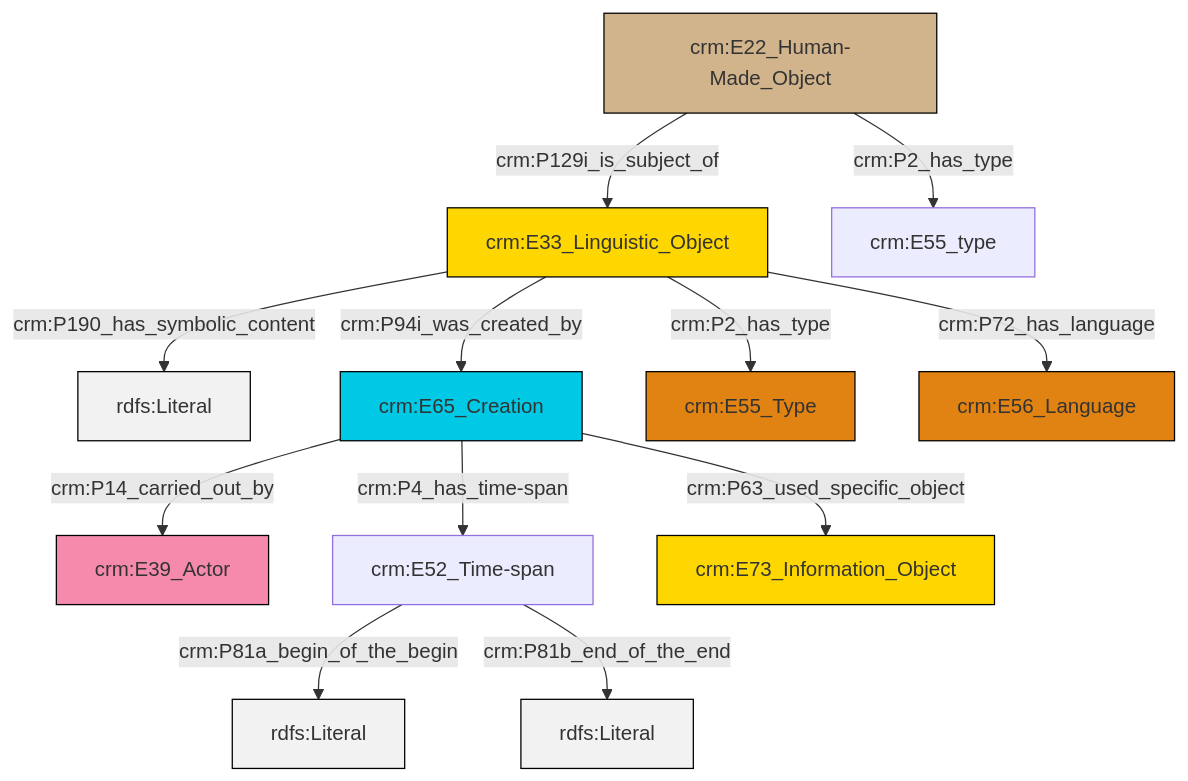
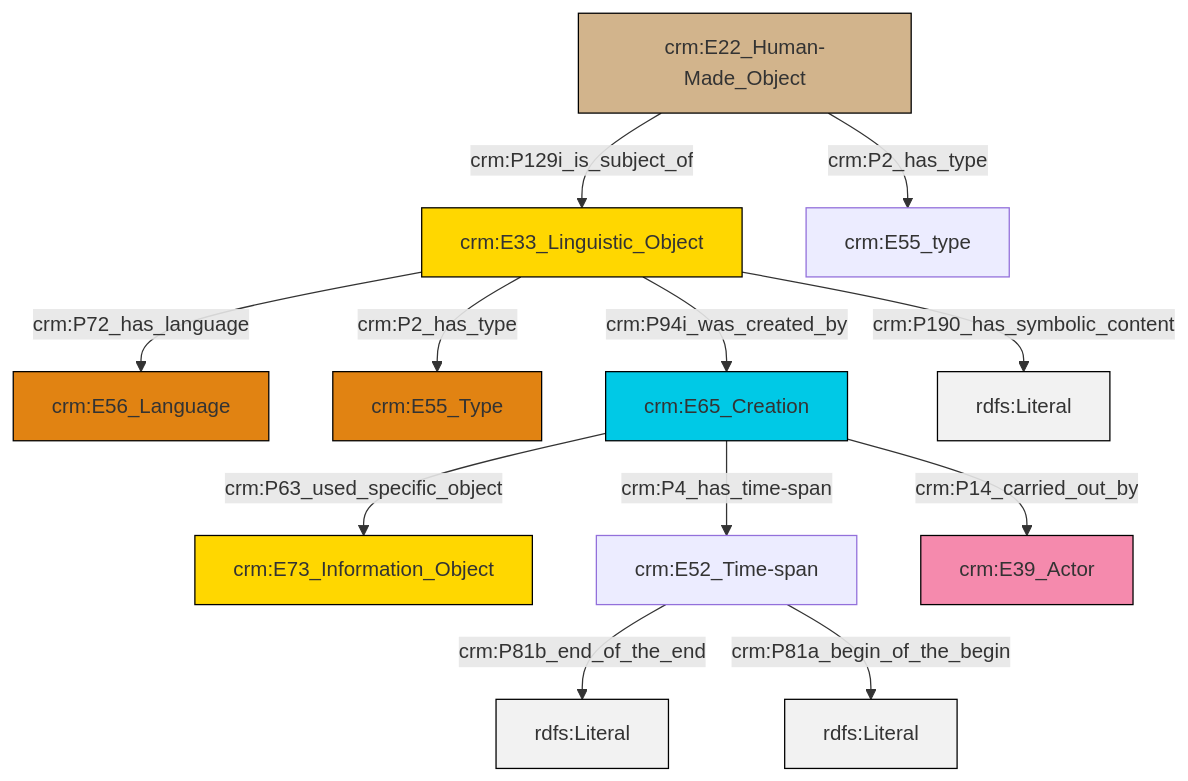
The diagram in et/builtWorkCSV/ttl/mmd/Built_Work_description.ttl.mmd (swiss-art-research-net/docs.swissartresearch), drawn with Mermaid before and after one commit. The commit also changed 176 other files, not shown here.

```diff
--- a/et/builtWorkCSV/ttl/mmd/Built_Work_description.ttl.mmd
+++ b/et/builtWorkCSV/ttl/mmd/Built_Work_description.ttl.mmd
@@ -1,26 +1,26 @@
 graph TD
 classDef Literal fill:#f2f2f2,stroke:#000000;
 classDef CRM_Entity fill:#FFFFFF,stroke:#000000;
 classDef Temporal_Entity fill:#00C9E6, stroke:#000000;
 classDef Type fill:#E18312, stroke:#000000;
 classDef Time-Span fill:#2C9C91, stroke:#000000;
 classDef Appellation fill:#FFEB7F, stroke:#000000;
 classDef Place fill:#008836, stroke:#000000;
 classDef Persistent_Item fill:#B266B2, stroke:#000000;
 classDef Conceptual_Object fill:#FFD700, stroke:#000000;
 classDef Physical_Thing fill:#D2B48C, stroke:#000000;
 classDef Actor fill:#f58aad, stroke:#000000;
 classDef PC_Classes fill:#4ce600, stroke:#000000;
 classDef Multi fill:#cccccc,stroke:#000000;
 
-0["crm:E22_Human-Made_Object"]:::Physical_Thing -->|crm:P129i_is_subject_of| 1["crm:E33_Linguistic_Object"]:::Conceptual_Object
-1["crm:E33_Linguistic_Object"]:::Conceptual_Object -->|crm:P190_has_symbolic_content| 3[rdfs:Literal]:::Literal
-4["crm:E65_Creation"]:::Temporal_Entity -->|crm:P14_carried_out_by| 5["crm:E39_Actor"]:::Actor
-6["crm:E52_Time-span"]:::Default -->|crm:P81a_begin_of_the_begin| 7[rdfs:Literal]:::Literal
-1["crm:E33_Linguistic_Object"]:::Conceptual_Object -->|crm:P72_has_language| 14["crm:E56_Language"]:::Type
-0["crm:E22_Human-Made_Object"]:::Physical_Thing -->|crm:P2_has_type| 12["crm:E55_type"]:::Default
-1["crm:E33_Linguistic_Object"]:::Conceptual_Object -->|crm:P94i_was_created_by| 4["crm:E65_Creation"]:::Temporal_Entity
-4["crm:E65_Creation"]:::Temporal_Entity -->|crm:P63_used_specific_object| 8["crm:E73_Information_Object"]:::Conceptual_Object
-1["crm:E33_Linguistic_Object"]:::Conceptual_Object -->|crm:P2_has_type| 10["crm:E55_Type"]:::Type
-6["crm:E52_Time-span"]:::Default -->|crm:P81b_end_of_the_end| 17[rdfs:Literal]:::Literal
-4["crm:E65_Creation"]:::Temporal_Entity -->|crm:P4_has_time-span| 6["crm:E52_Time-span"]:::Default
+0["crm:E33_Linguistic_Object"]:::Conceptual_Object -->|crm:P72_has_language| 1["crm:E56_Language"]:::Type
+6["crm:E22_Human-Made_Object"]:::Physical_Thing -->|crm:P2_has_type| 7["crm:E55_type"]:::Default
+8["crm:E65_Creation"]:::Temporal_Entity -->|crm:P4_has_time-span| 9["crm:E52_Time-span"]:::Default
+0["crm:E33_Linguistic_Object"]:::Conceptual_Object -->|crm:P94i_was_created_by| 8["crm:E65_Creation"]:::Temporal_Entity
+9["crm:E52_Time-span"]:::Default -->|crm:P81b_end_of_the_end| 12[rdfs:Literal]:::Literal
+6["crm:E22_Human-Made_Object"]:::Physical_Thing -->|crm:P129i_is_subject_of| 0["crm:E33_Linguistic_Object"]:::Conceptual_Object
+0["crm:E33_Linguistic_Object"]:::Conceptual_Object -->|crm:P2_has_type| 2["crm:E55_Type"]:::Type
+0["crm:E33_Linguistic_Object"]:::Conceptual_Object -->|crm:P190_has_symbolic_content| 14[rdfs:Literal]:::Literal
+9["crm:E52_Time-span"]:::Default -->|crm:P81a_begin_of_the_begin| 19[rdfs:Literal]:::Literal
+8["crm:E65_Creation"]:::Temporal_Entity -->|crm:P14_carried_out_by| 17["crm:E39_Actor"]:::Actor
+8["crm:E65_Creation"]:::Temporal_Entity -->|crm:P63_used_specific_object| 4["crm:E73_Information_Object"]:::Conceptual_Object
```
